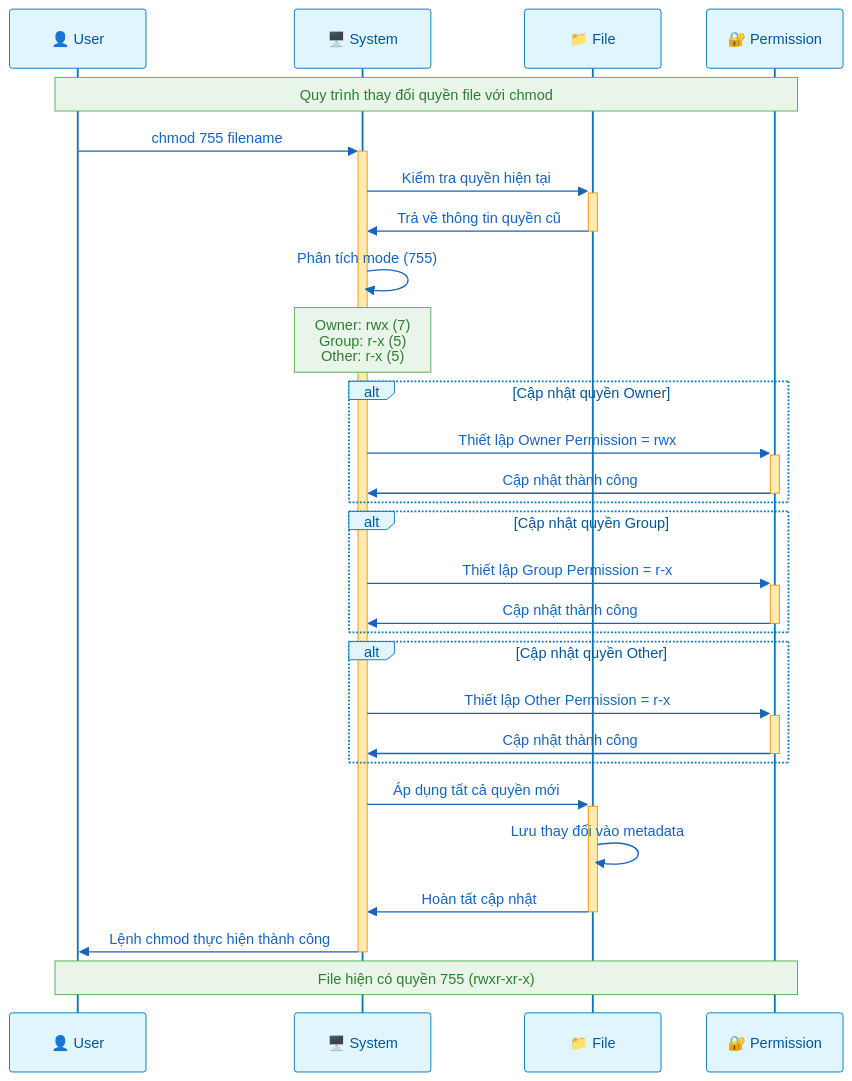
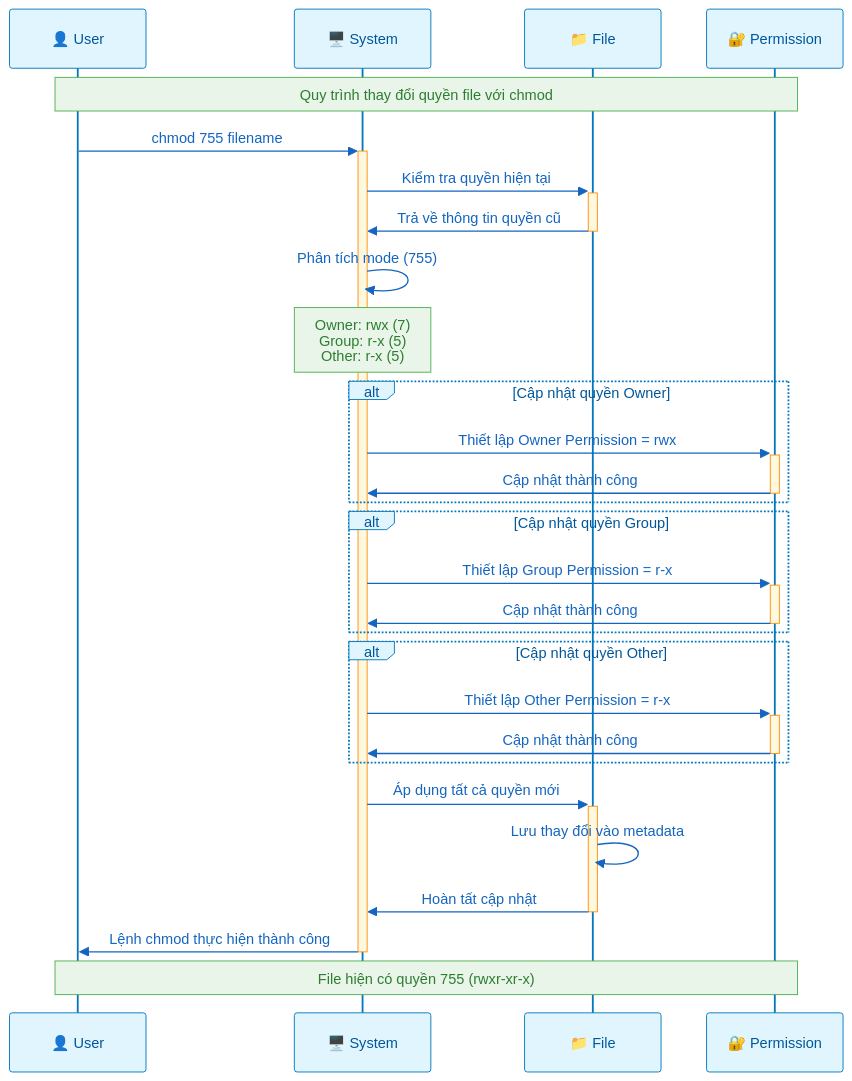
One commit to ngockhanhvd2812/DBA changed the eighth of 16 diagrams in linux.md. Above: the diagram before and after it, drawn with Mermaid. The commit also changed other lines of this file and 1 other file, not shown here.

````diff
--- a/linux.md
+++ b/linux.md
@@ -602,60 +868,60 @@
 ```mermaid
 sequenceDiagram
     participant U as 👤 User
     participant S as 🖥️ System
     participant F as 📁 File
     participant P as 🔐 Permission
     
     Note over U,P: Quy trình thay đổi quyền file với chmod
     
     U->>+S: chmod 755 filename
     S->>+F: Kiểm tra quyền hiện tại
     F->>-S: Trả về thông tin quyền cũ
     
     S->>S: Phân tích mode (755)
     Note over S: Owner: rwx (7)<br/>Group: r-x (5)<br/>Other: r-x (5)
     
     alt Cập nhật quyền Owner
         S->>+P: Thiết lập Owner Permission = rwx
         P->>-S: Cập nhật thành công
     end
     
     alt Cập nhật quyền Group  
         S->>+P: Thiết lập Group Permission = r-x
         P->>-S: Cập nhật thành công
     end
     
     alt Cập nhật quyền Other
         S->>+P: Thiết lập Other Permission = r-x
         P->>-S: Cập nhật thành công
     end
     
     S->>+F: Áp dụng tất cả quyền mới
     F->>F: Lưu thay đổi vào metadata
     F->>-S: Hoàn tất cập nhật
     
     S->>-U: Lệnh chmod thực hiện thành công
     
     Note over U,P: File hiện có quyền 755 (rwxr-xr-x)
     
     %%{init: {
         'theme': 'base',
         'themeVariables': {
             'primaryColor': '#e8f4fd',
             'primaryTextColor': '#1565c0',
             'primaryBorderColor': '#1976d2',
             'lineColor': '#42a5f5',
             'secondaryColor': '#fff8e1',
             'tertiaryColor': '#f3e5f5',
             'background': '#fafafa',
             'actorBkg': '#e1f5fe',
             'actorBorder': '#0277bd',
             'actorTextColor': '#01579b',
-            'activationBkgColor': '#ffecb3',
+            'activationBkg': '#ffecb3',
             'activationBorderColor': '#ff8f00',
             'noteBkgColor': '#e8f5e8',
             'noteBorderColor': '#4caf50',
             'noteTextColor': '#2e7d32'
         }
     }}%%
-``` 
+```
````
